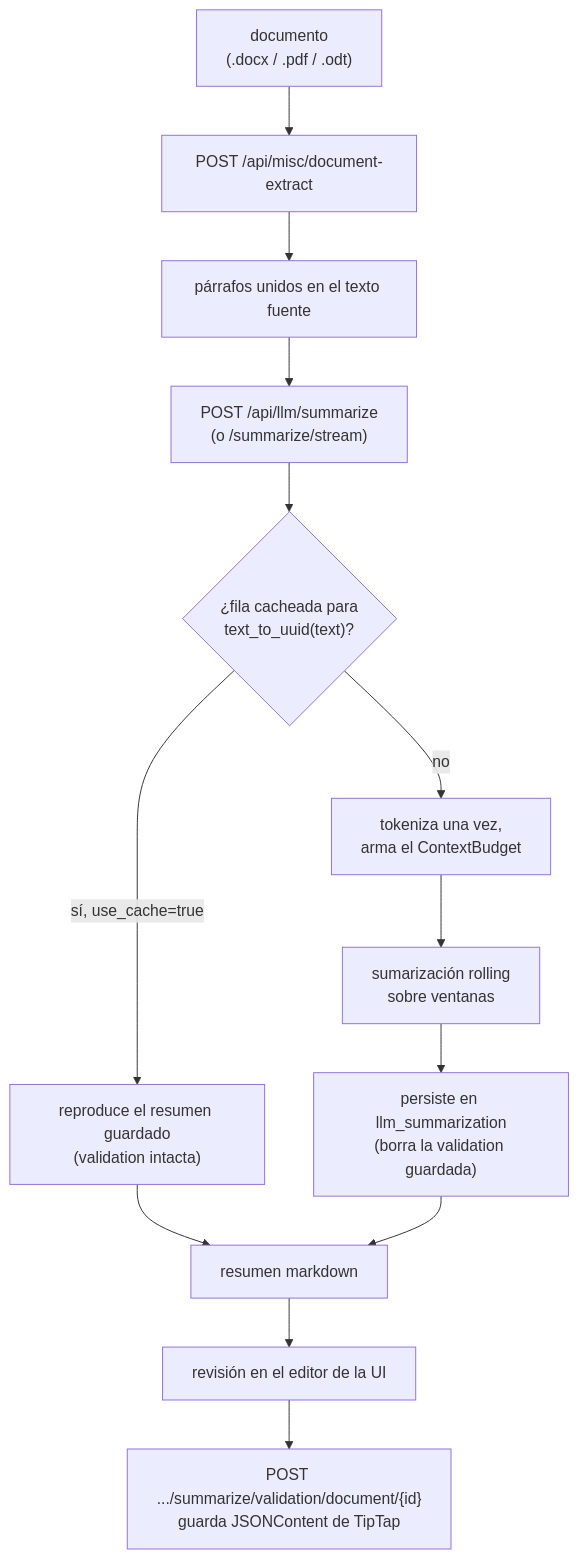
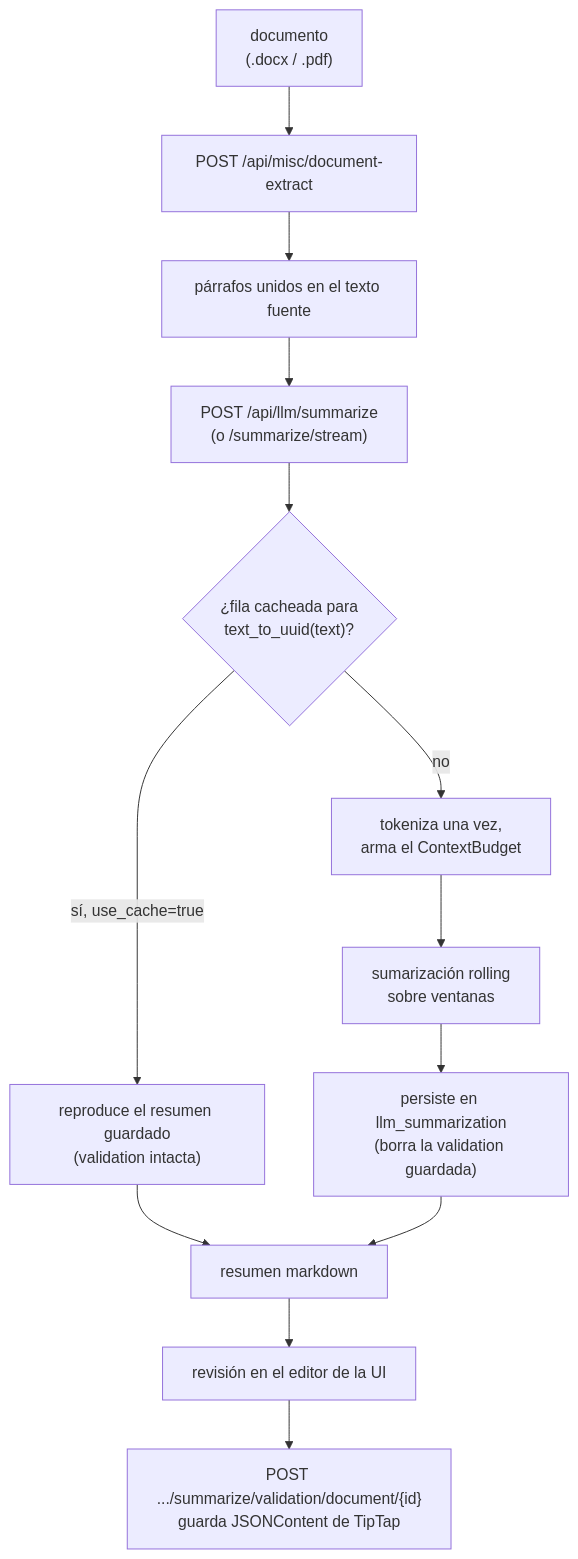
The diagram in docs/es/pipelines/summarization/README.md (AymurAI/aymurai), drawn with Mermaid before and after one commit. The commit also changed 9 other files, not shown here.

First line of the commit message:
docs: drop ODT as a document input format

````diff
--- a/docs/es/pipelines/summarization/README.md
+++ b/docs/es/pipelines/summarization/README.md
@@ -36,15 +36,15 @@
 ```mermaid
 flowchart TD
-    A["documento<br/>(.docx / .pdf / .odt)"] --> B["POST /api/misc/document-extract"]
+    A["documento<br/>(.docx / .pdf)"] --> B["POST /api/misc/document-extract"]
     B --> C["párrafos unidos en el texto fuente"]
     C --> D["POST /api/llm/summarize<br/>(o /summarize/stream)"]
     D --> E{"¿fila cacheada para<br/>text_to_uuid(text)?"}
     E -->|"sí, use_cache=true"| F["reproduce el resumen guardado<br/>(validation intacta)"]
     E -->|no| G["tokeniza una vez,<br/>arma el ContextBudget"]
     G --> H["sumarización rolling<br/>sobre ventanas"]
     H --> I["persiste en llm_summarization<br/>(borra la validation guardada)"]
     F --> J["resumen markdown"]
     I --> J
     J --> K["revisión en el editor de la UI"]
     K --> L["POST .../summarize/validation/document/{id}<br/>guarda JSONContent de TipTap"]
 ```
````
